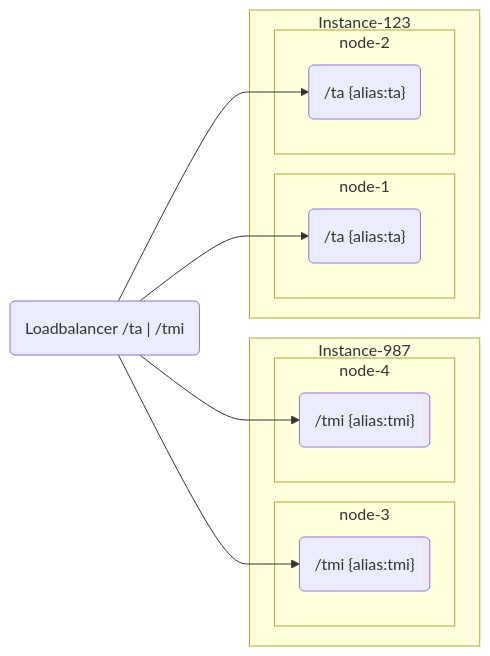
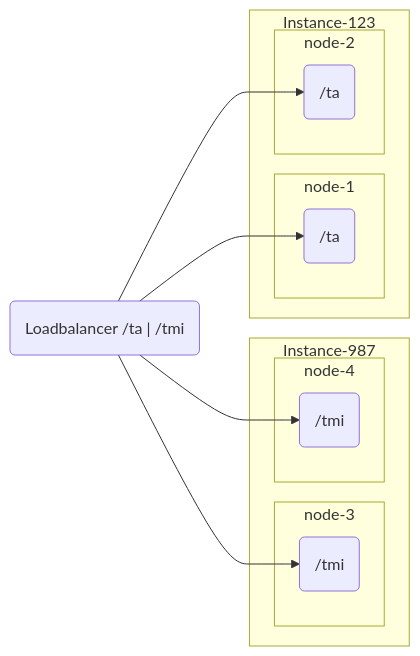
One commit to swedenconnect/openid-federation-services changed the diagram in README.md. Above: the diagram before and after it, drawn with Mermaid. The commit also changed other lines of this file and 25 other files, not shown here.

````diff
--- a/README.md
+++ b/README.md
@@ -38,21 +26,21 @@
 ```mermaid
 graph LR
     subgraph Instance-987
         subgraph node-3
-            123-tmi-1("/tmi {alias:tmi}");
+            123-tmi-1("/tmi");
         end
         subgraph node-4
-            123-tmi-2("/tmi {alias:tmi}");
+            123-tmi-2("/tmi");
         end
     end
     subgraph Instance-123
         subgraph node-1
-            123-ta-1("/ta {alias:ta}");
+            123-ta-1("/ta");
         end
         subgraph node-2
-            123-ta-2("/ta {alias:ta}");
+            123-ta-2("/ta");
         end
     end
     loadbalancer("Loadbalancer /ta | /tmi") --> 123-ta-1 & 123-ta-2;
     loadbalancer --> 123-tmi-1 & 123-tmi-2;
 ```
````
